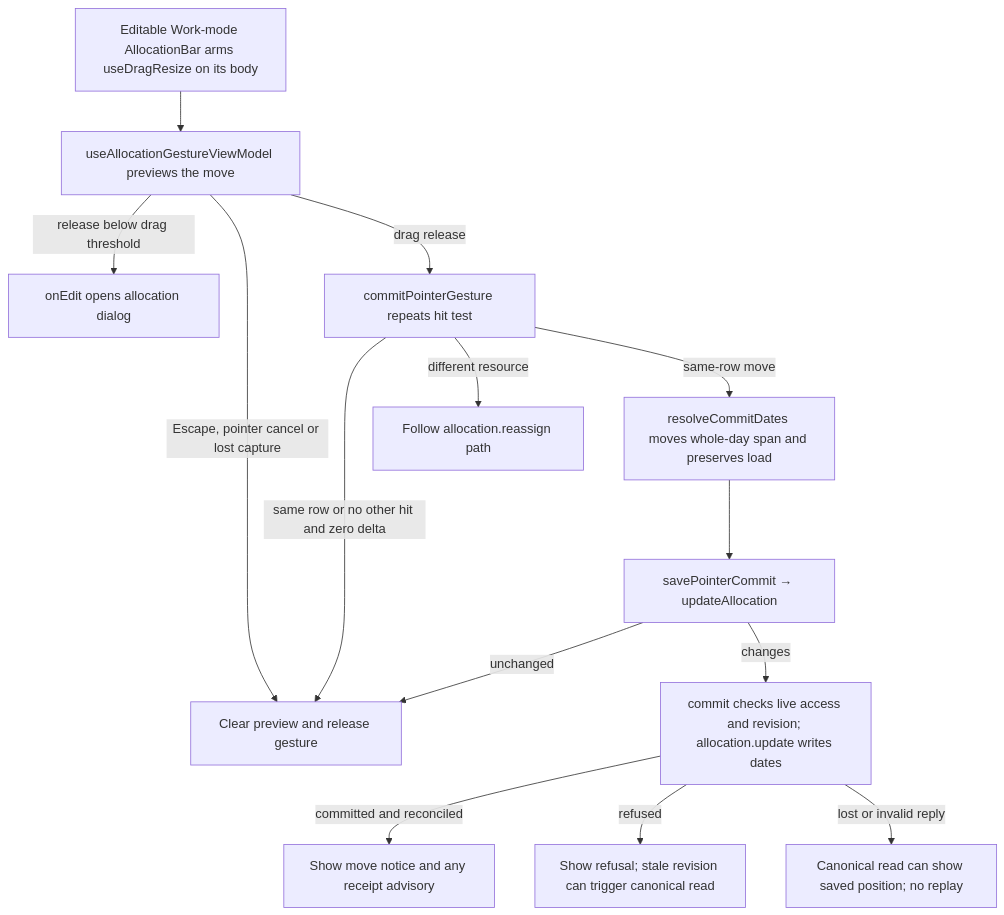
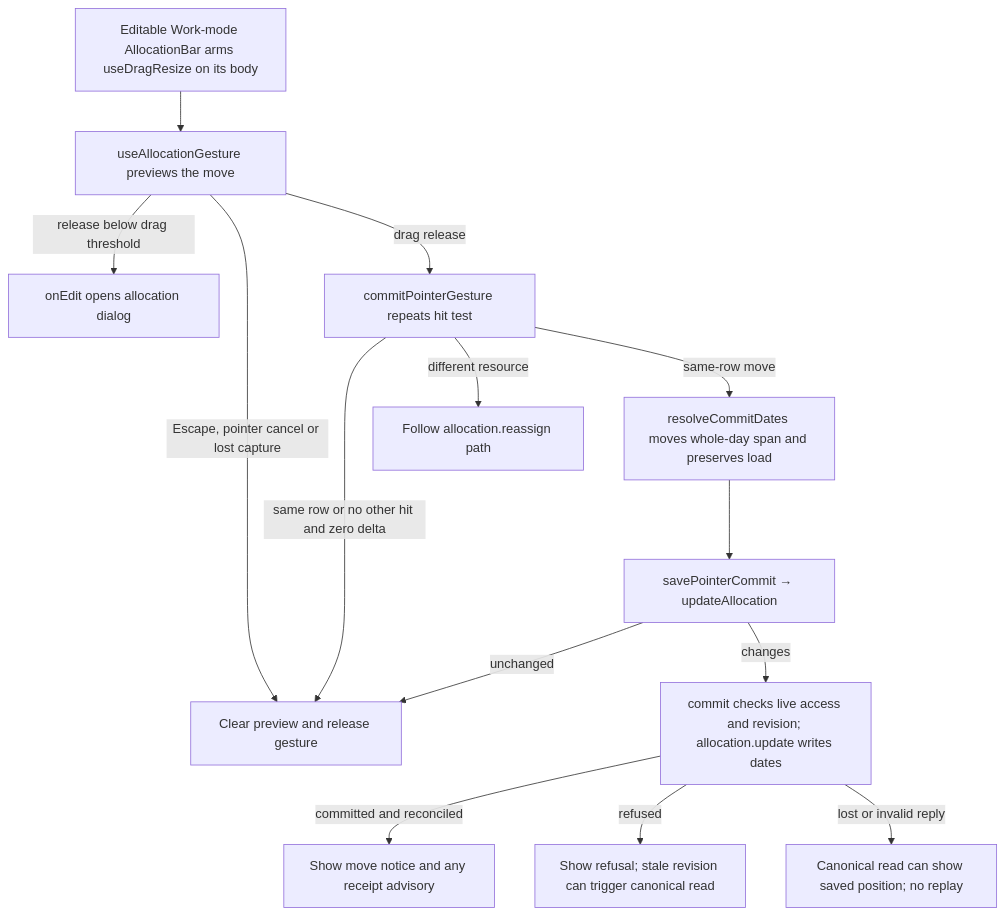
The second of 2 diagrams in user-stories/scheduler/US-SCH-04-move-drag.md (Kevinjohn/capacitylens), drawn with Mermaid before and after one commit. The commit also changed other lines of this file and 8 other files, not shown here.

First line of the commit message:
Merge the allocation gesture hooks into one file

````diff
--- a/user-stories/scheduler/US-SCH-04-move-drag.md
+++ b/user-stories/scheduler/US-SCH-04-move-drag.md
@@ -33,16 +33,16 @@
 ```mermaid
 flowchart TD
-  Bar["Editable Work-mode AllocationBar arms useDragResize on its body"] --> Gesture["useAllocationGestureViewModel previews the move"]
+  Bar["Editable Work-mode AllocationBar arms useDragResize on its body"] --> Gesture["useAllocationGesture previews the move"]
   Gesture -->|release below drag threshold| Edit["onEdit opens allocation dialog"]
   Gesture -->|Escape, pointer cancel or lost capture| Cancel["Clear preview and release gesture"]
   Gesture -->|drag release| Hit["commitPointerGesture repeats hit test"]
   Hit -->|same row or no other hit and zero delta| Cancel
   Hit -->|different resource| Reassign["Follow allocation.reassign path"]
   Hit -->|same-row move| Dates["resolveCommitDates moves whole-day span and preserves load"]
   Dates --> Diff["savePointerCommit → updateAllocation"]
   Diff -->|unchanged| Cancel
   Diff -->|changes| Commit["commit checks live access and revision; allocation.update writes dates"]
   Commit -->|committed and reconciled| Done["Show move notice and any receipt advisory"]
   Commit -->|refused| Error["Show refusal; stale revision can trigger canonical read"]
   Commit -->|lost or invalid reply| Unknown["Canonical read can show saved position; no replay"]
 ```
````
